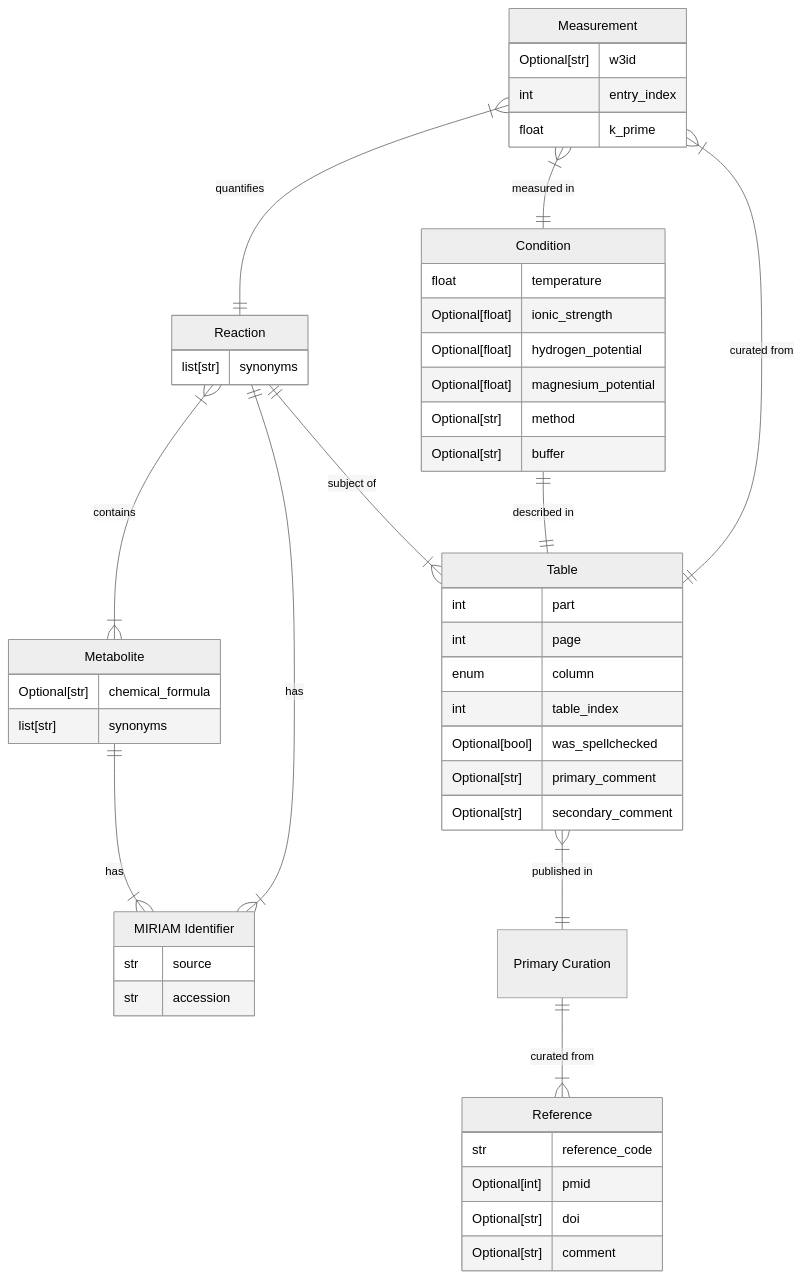
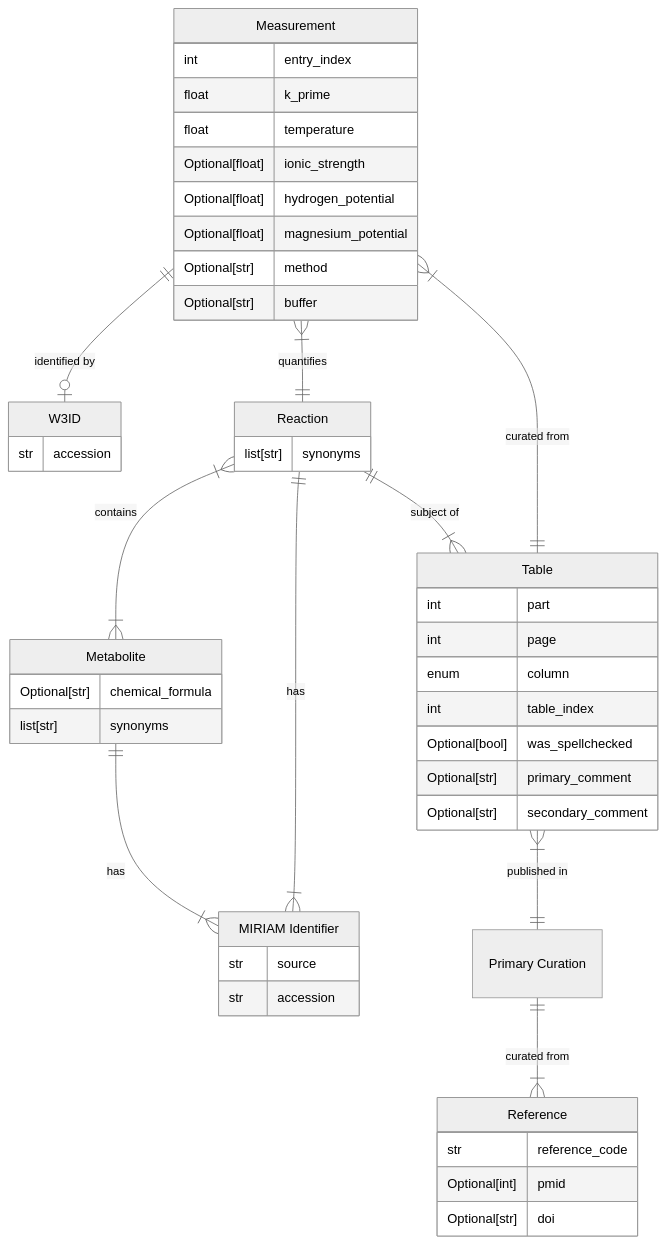
The second of 2 diagrams in docs/entity_model.md (opentecr/data-orchestration), drawn with Mermaid (neutral theme) before and after one commit. The commit also changed other lines of this file, not shown here.

Commit message:
docs: refine ER model with Robert

````diff
--- a/docs/entity_model.md
+++ b/docs/entity_model.md
@@ -41,55 +37,53 @@
 ```mermaid
 erDiagram
     Measurement {
-        Optional[str] w3id
         int entry_index
         float k_prime
-    }
-    Condition {
         float temperature
         Optional[float] ionic_strength
         Optional[float] hydrogen_potential
         Optional[float] magnesium_potential
         Optional[str] method
         Optional[str] buffer
+    }
+    W3ID {
+        str accession
     }
     id["MIRIAM Identifier"] {
         str source
         str accession
     }
     Metabolite {
         Optional[str] chemical_formula
         list[str] synonyms
     }
     Reaction {
         list[str] synonyms
     }
     Table {
         int part
         int page
         enum column
         int table_index
         Optional[bool] was_spellchecked
         Optional[str] primary_comment
         Optional[str] secondary_comment
     }
     primary["Primary Curation"] {
     }
     Reference {
         str reference_code
         Optional[int] pmid
         Optional[str] doi
-        Optional[str] comment
     }
 
-    Measurement }|--|| Condition: "measured in"
+    Measurement ||--o| W3ID: "identified by"
     Measurement }|--|| Reaction: "quantifies"
     Measurement }|--|| Table: "curated from"
-    Condition ||--|| Table: "described in"
     Table }|--|| primary: "published in"
     Reaction ||--|{ Table: "subject of"
     Reaction }|--|{ Metabolite: "contains"
     Reaction ||--|{ id: "has"
     Metabolite ||--|{ id: "has"
     primary ||--|{ Reference: "curated from"
 ```
````
